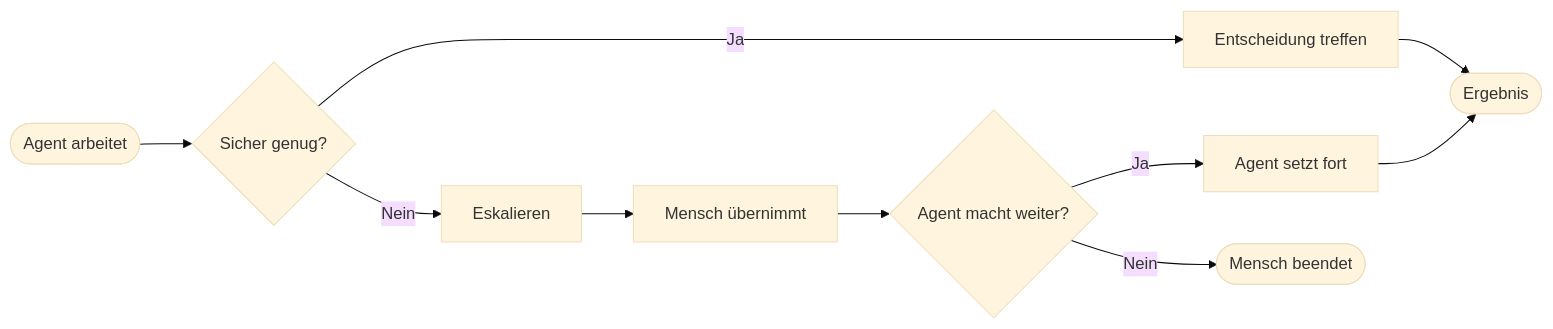
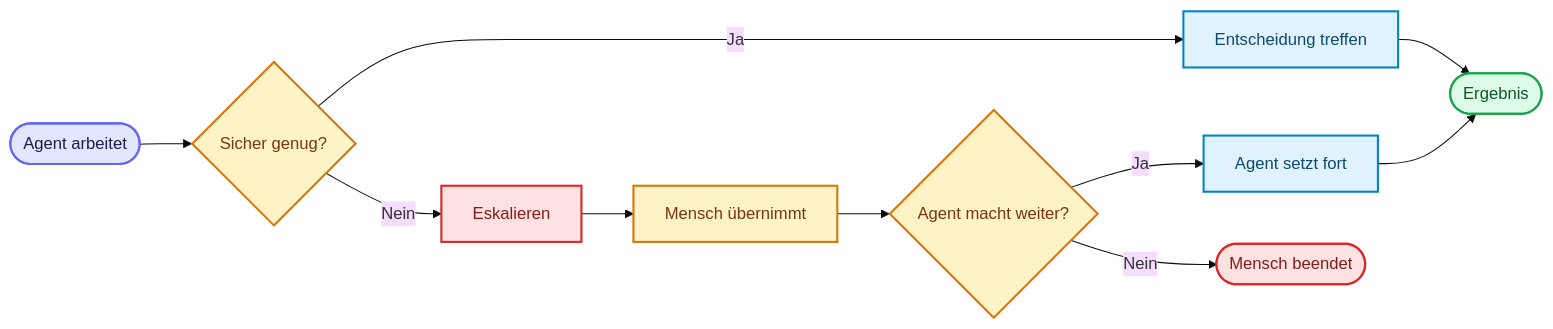
Before and after one commit to ralf-42/Agenten: the second of 2 diagrams in docs/04-agenten-implementierung/ablauf-zustand/human-in-the-loop.md, drawn with Mermaid (base theme). The commit also changed other lines of this file and 18 other files, not shown here.

````diff
--- a/docs/04-agenten-implementierung/ablauf-zustand/human-in-the-loop.md
+++ b/docs/04-agenten-implementierung/ablauf-zustand/human-in-the-loop.md
@@ -95,12 +106,23 @@
 ```mermaid
 flowchart LR
     A([Agent arbeitet]) --> B{Sicher genug?}
     B -->|Ja| C[Entscheidung treffen]
     B -->|Nein| D[Eskalieren]
     D --> E[Mensch übernimmt]
     E --> F{Agent macht weiter?}
     F -->|Ja| G[Agent setzt fort]
     F -->|Nein| H([Mensch beendet])
     C --> I([Ergebnis])
     G --> I
+
+    classDef default fill:#e0f2fe,stroke:#0284c7,stroke-width:2px,color:#0c4a6e;
+    classDef input fill:#e0e7ff,stroke:#6366f1,stroke-width:2px,color:#1e1b4b;
+    classDef metric fill:#fef3c7,stroke:#d97706,stroke-width:2px,color:#78350f;
+    classDef output fill:#dcfce7,stroke:#16a34a,stroke-width:2px,color:#14532d;
+    classDef stop fill:#fee2e2,stroke:#dc2626,stroke-width:2px,color:#7f1d1d;
+
+    class A input;
+    class B,E,F metric;
+    class I output;
+    class D,H stop;
 ```
````
